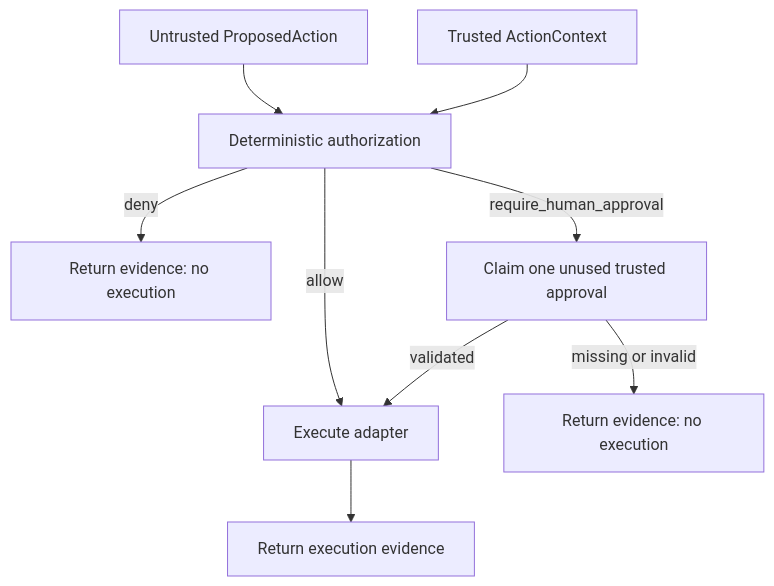
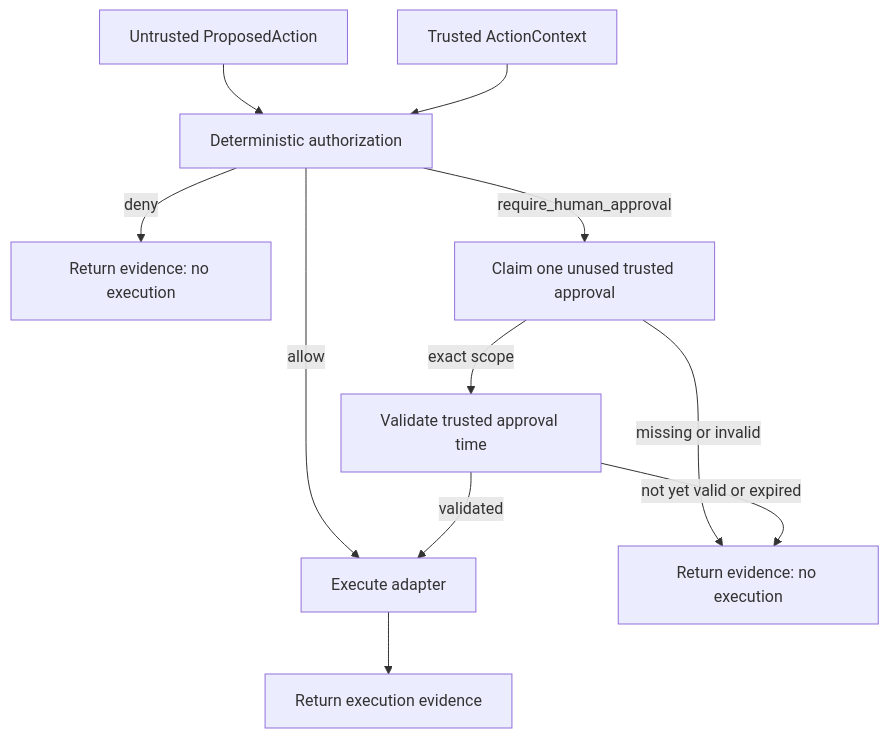
The diagram in docs/security/GOVERNED_AGENT_ACTIONS.md (brunovicco/agentic-security-framework-lab), drawn with Mermaid before and after one commit. The commit also changed other lines of this file and 2 other files, not shown here.

Commit message:
docs: document time-bounded human approval

````diff
--- a/docs/security/GOVERNED_AGENT_ACTIONS.md
+++ b/docs/security/GOVERNED_AGENT_ACTIONS.md
@@ -237,11 +251,13 @@
 ```mermaid
 flowchart TD
     P[Untrusted ProposedAction] --> A[Deterministic authorization]
     C[Trusted ActionContext] --> A
     A -->|deny| D[Return evidence: no execution]
     A -->|allow| X[Execute adapter]
     A -->|require_human_approval| H[Claim one unused trusted approval]
     H -->|missing or invalid| B[Return evidence: no execution]
-    H -->|validated| X
+    H -->|exact scope| T[Validate trusted approval time]
+    T -->|not yet valid or expired| B
+    T -->|validated| X
     X --> E[Return execution evidence]
 ```
````
